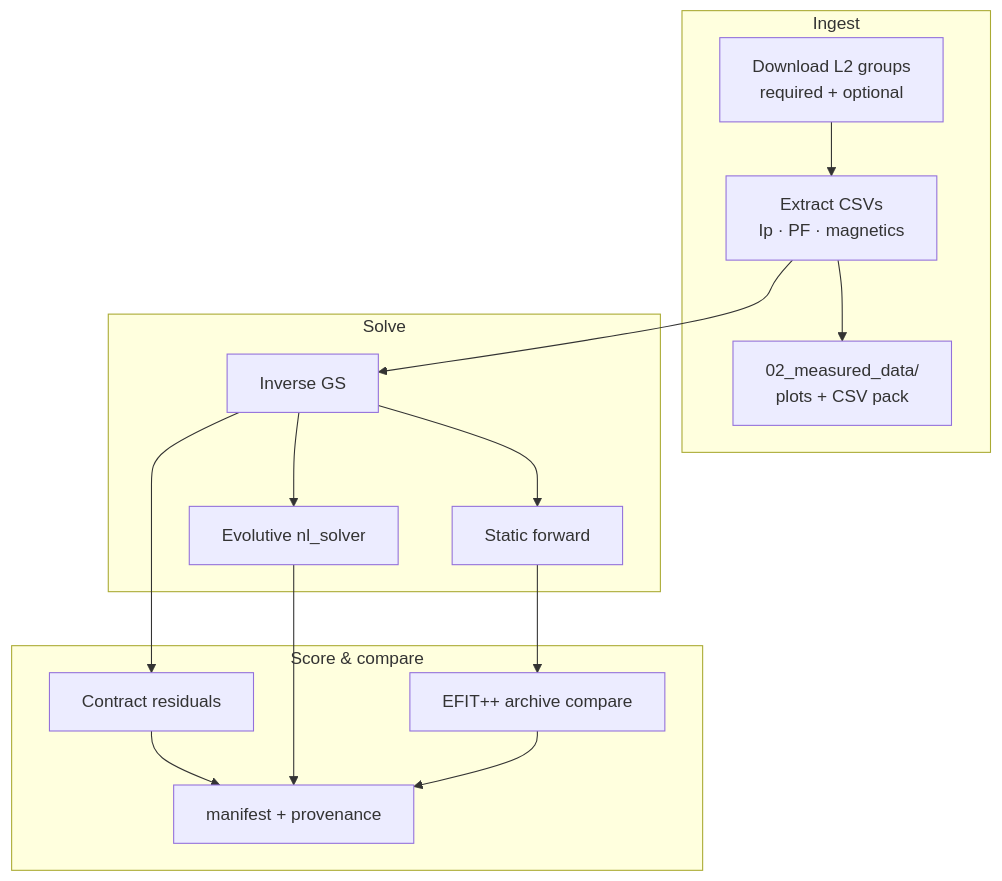
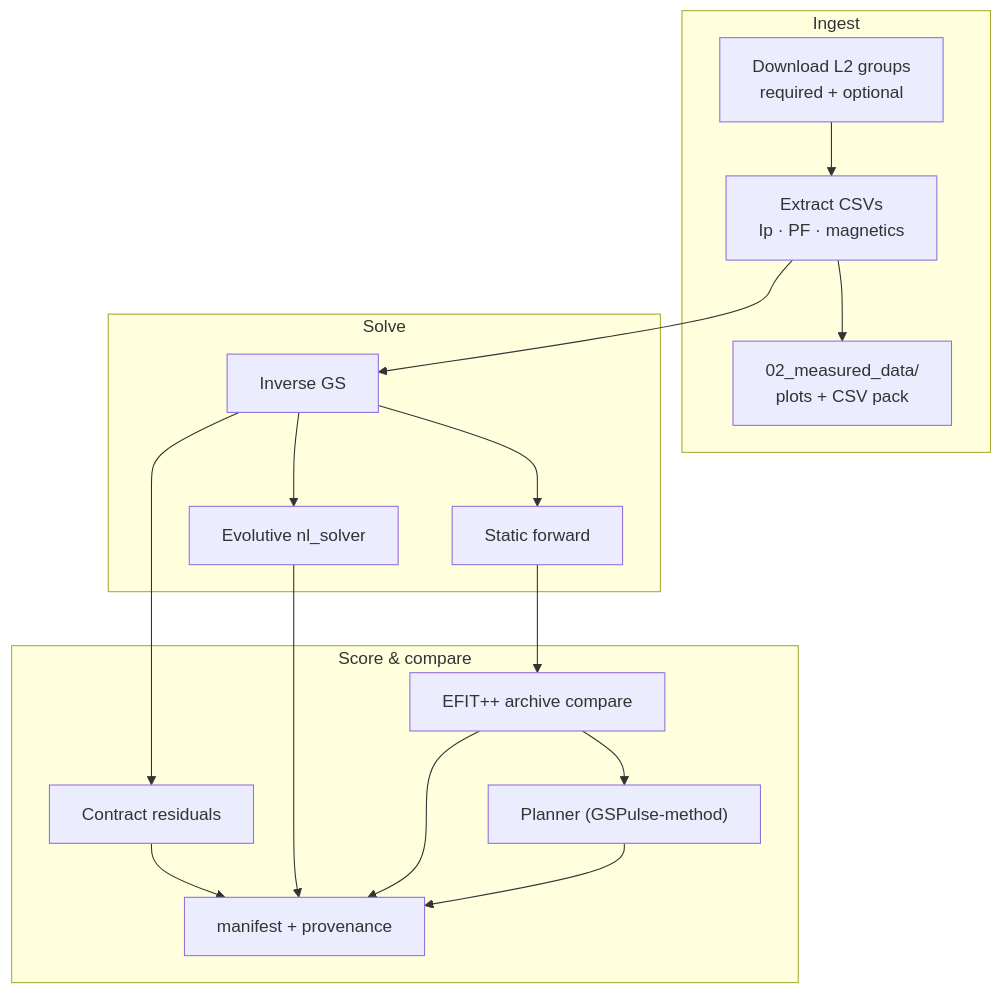
Before and after one commit to afshin-arj/Fair-MAST-to-FreeGSNKE-Conversion-tool: the second of 6 diagrams in README.md, drawn with Mermaid. The commit also changed other lines of this file and 27 other files, not shown here.

First line of the commit message:
feat: ADR-004 Phase 2b GSPulse-method planner (Path B, v11.11.0)

````diff
--- a/README.md
+++ b/README.md
@@ -104,27 +104,30 @@
 ```mermaid
 flowchart TB
   subgraph ingest [Ingest]
     DL["Download L2 groups<br/>required + optional"]
     EX["Extract CSVs<br/>Ip · PF · magnetics"]
     MEAS["02_measured_data/<br/>plots + CSV pack"]
   end
   subgraph solve [Solve]
     INV["Inverse GS"]
     FWD["Static forward"]
     EVO["Evolutive nl_solver"]
   end
   subgraph score [Score & compare]
     MET["Contract residuals"]
     EFIT["EFIT++ archive compare"]
+    PLAN["Planner (GSPulse-method)"]
     PROV["manifest + provenance"]
   end
 
   DL --> EX --> MEAS
   EX --> INV --> FWD
   INV --> EVO
   INV --> MET
   FWD --> EFIT
+  EFIT --> PLAN
   MET --> PROV
   EVO --> PROV
   EFIT --> PROV
+  PLAN --> PROV
 ```
````
